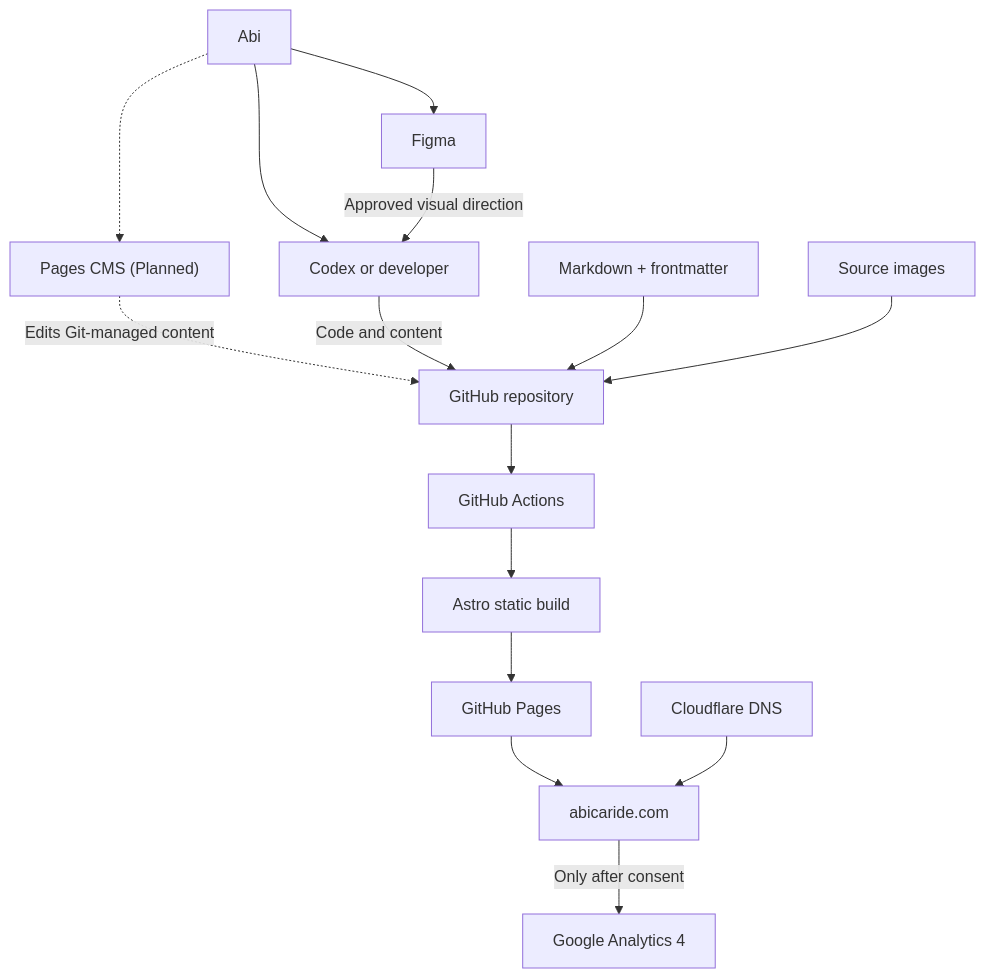
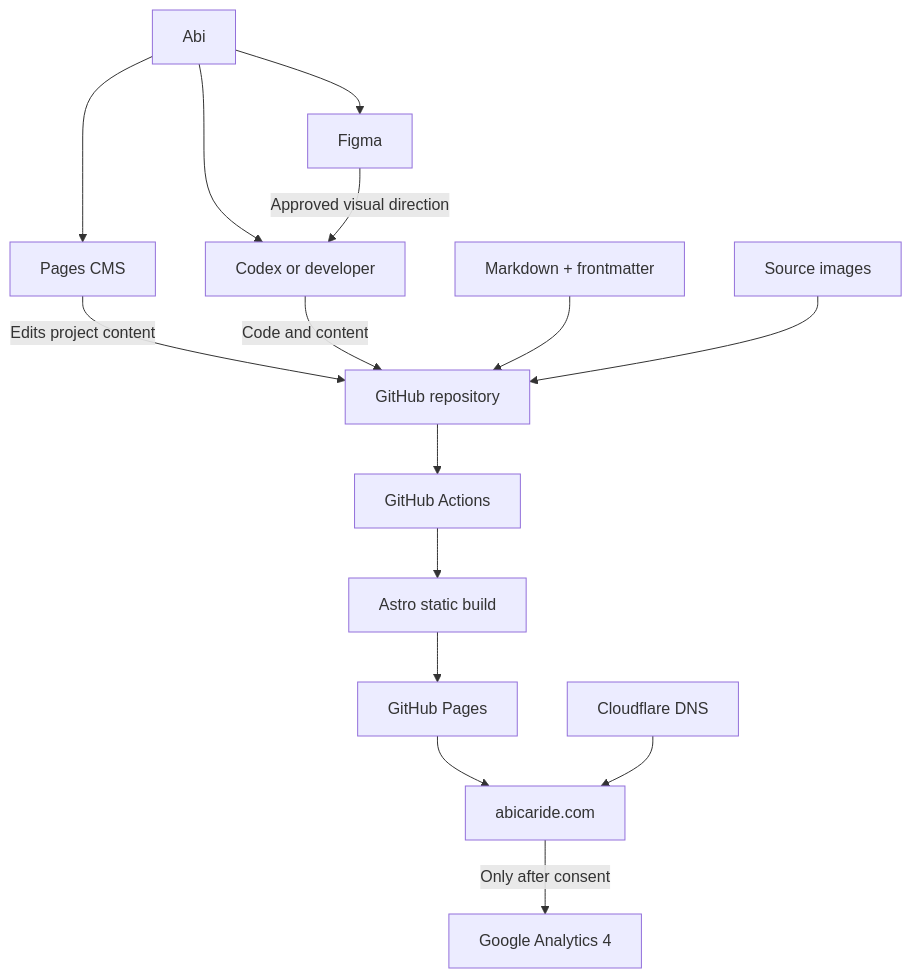
The first of 7 diagrams in docs/ARCHITECTURE.md (abicaride/abicaride.com), drawn with Mermaid before and after one commit. The commit also changed other lines of this file and 5 other files, not shown here.

Commit message:
feat: adopt Pages CMS for projects

````diff
--- a/docs/ARCHITECTURE.md
+++ b/docs/ARCHITECTURE.md
@@ -61,17 +63,17 @@
 ```mermaid
 flowchart TD
     ABI["Abi"] --> FIGMA["Figma"]
     ABI --> EDIT["Codex or developer"]
-    ABI -.-> CMS["Pages CMS (Planned)"]
+    ABI --> CMS["Pages CMS"]
     FIGMA -->|"Approved visual direction"| EDIT
-    CMS -.->|"Edits Git-managed content"| REPO
+    CMS -->|"Edits project content"| REPO
     EDIT -->|"Code and content"| REPO["GitHub repository"]
     CONTENT["Markdown + frontmatter"] --> REPO
     ASSETS["Source images"] --> REPO
     REPO --> ACTIONS["GitHub Actions"]
     ACTIONS --> BUILD["Astro static build"]
     BUILD --> PAGES["GitHub Pages"]
     PAGES --> SITE["abicaride.com"]
     DNS["Cloudflare DNS"] --> SITE
     SITE -->|"Only after consent"| GA["Google Analytics 4"]
 ```
````
